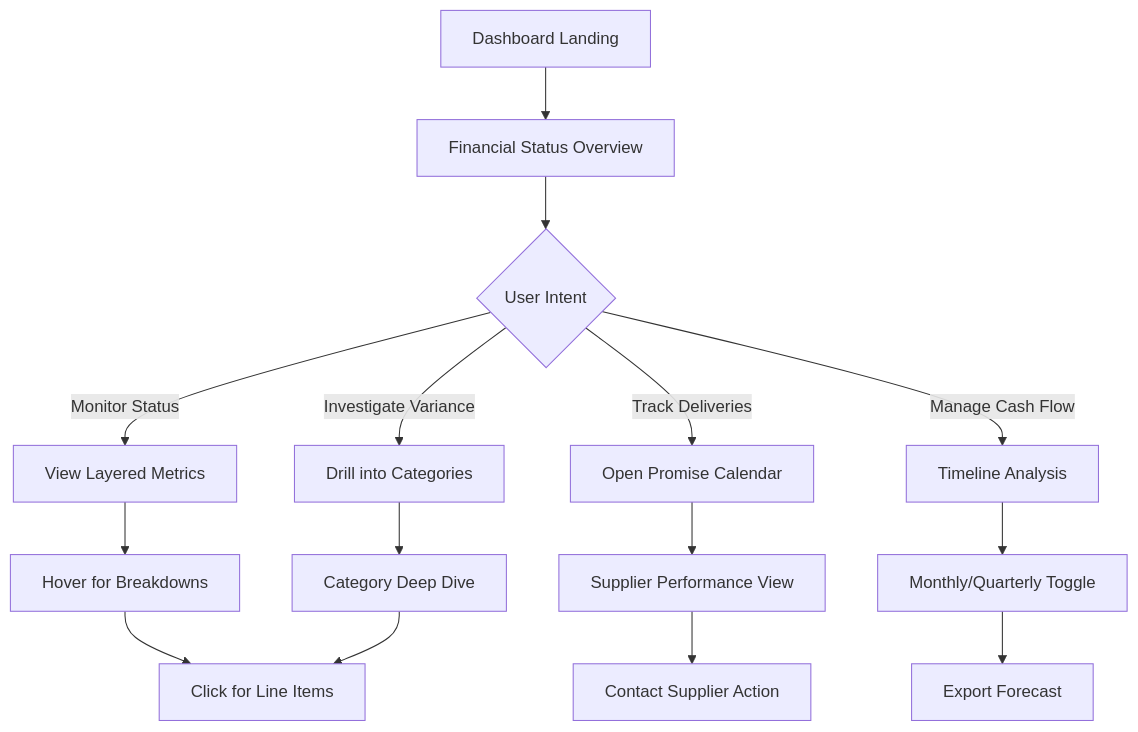
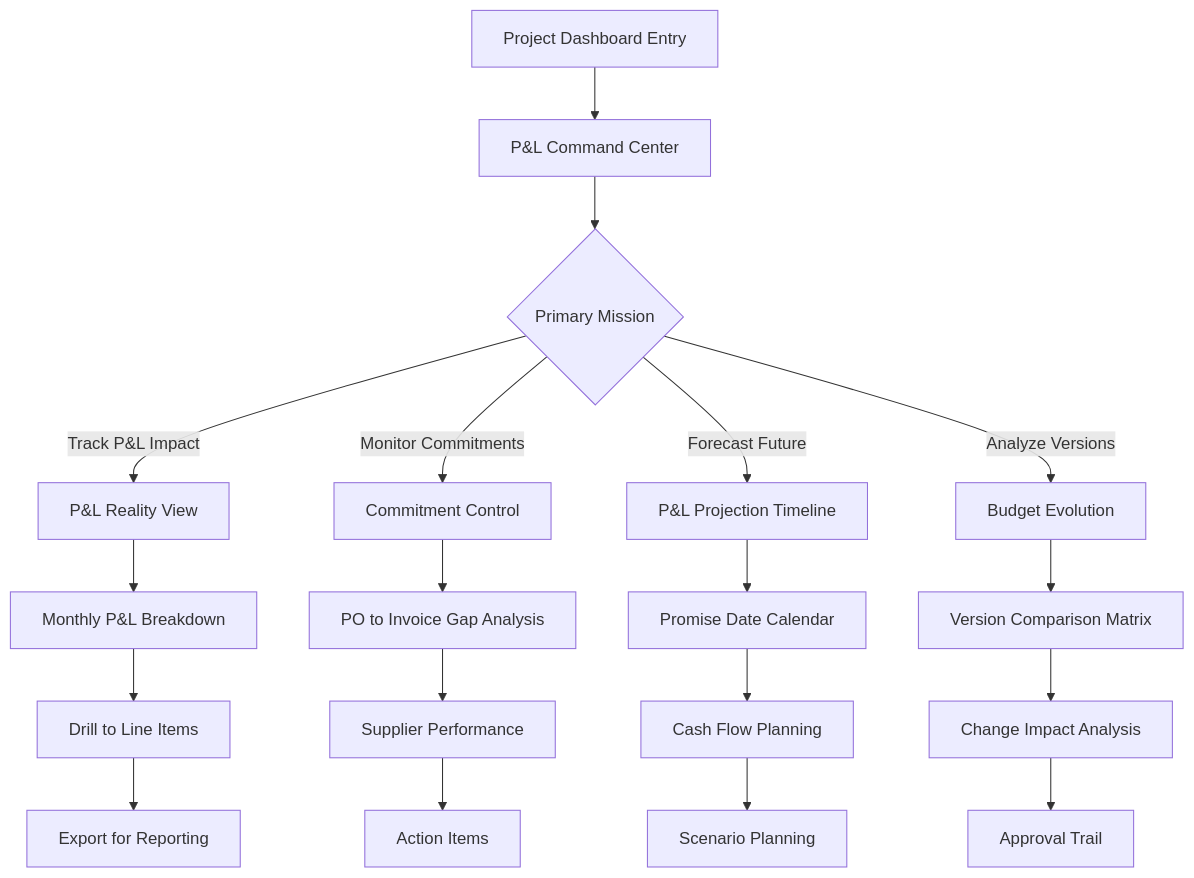
One commit to ihabwahbi/cost-management changed the diagram in thoughts/shared/ux-proposals/2025-09-20_financial_dashboard_ux_proposal.md. Above: the diagram before and after it, drawn with Mermaid. The commit also changed other lines of this file and 3 other files, not shown here.

````diff
--- a/thoughts/shared/ux-proposals/2025-09-20_financial_dashboard_ux_proposal.md
+++ b/thoughts/shared/ux-proposals/2025-09-20_financial_dashboard_ux_proposal.md
@@ -36,19 +37,25 @@
 ```mermaid
 graph TD
-    A[Dashboard Landing] --> B[Financial Status Overview]
-    B --> C{User Intent}
-    C -->|Monitor Status| D[View Layered Metrics]
-    C -->|Investigate Variance| E[Drill into Categories]
-    C -->|Track Deliveries| F[Open Promise Calendar]
-    C -->|Manage Cash Flow| G[Timeline Analysis]
+    A[Project Dashboard Entry] --> B[P&L Command Center]
+    B --> C{Primary Mission}
     
-    D --> H[Hover for Breakdowns]
-    E --> I[Category Deep Dive]
-    F --> J[Supplier Performance View]
-    G --> K[Monthly/Quarterly Toggle]
+    C -->|Track P&L Impact| D[P&L Reality View]
+    C -->|Monitor Commitments| E[Commitment Control]
+    C -->|Forecast Future| F[P&L Projection Timeline]
+    C -->|Analyze Versions| G[Budget Evolution]
     
-    H --> L[Click for Line Items]
-    I --> L
-    J --> M[Contact Supplier Action]
-    K --> N[Export Forecast]
+    D --> H[Monthly P&L Breakdown]
+    E --> I[PO to Invoice Gap Analysis]
+    F --> J[Promise Date Calendar]
+    G --> K[Version Comparison Matrix]
+    
+    H --> L[Drill to Line Items]
+    I --> M[Supplier Performance]
+    J --> N[Cash Flow Planning]
+    K --> O[Change Impact Analysis]
+    
+    L --> P[Export for Reporting]
+    M --> Q[Action Items]
+    N --> R[Scenario Planning]
+    O --> S[Approval Trail]
 ```
````
